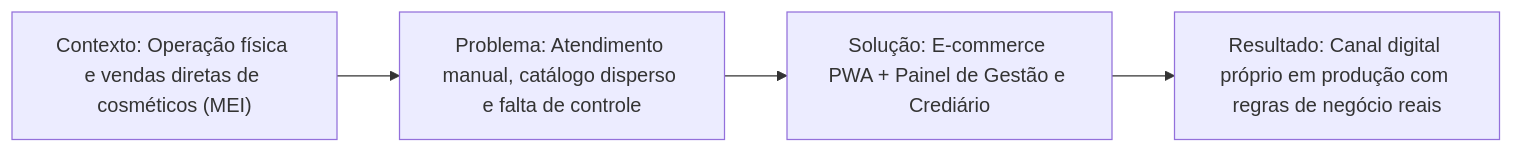
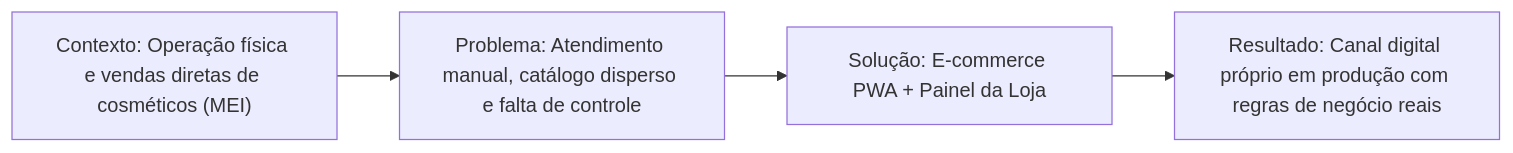
Before and after one commit to josemardp/esdracosmeticos: the first of 2 diagrams in README.md, drawn with Mermaid. The commit also changed other lines of this file and 41 other files, not shown here.

````diff
--- a/README.md
+++ b/README.md
@@ -9,6 +9,6 @@
 ```mermaid
 flowchart LR
     A["Contexto: Operação física e vendas diretas de cosméticos (MEI)"] --> B["Problema: Atendimento manual, catálogo disperso e falta de controle"]
-    B --> C["Solução: E-commerce PWA + Painel de Gestão e Crediário"]
+    B --> C["Solução: E-commerce PWA + Painel da Loja"]
     C --> D["Resultado: Canal digital próprio em produção com regras de negócio reais"]
 ```
````
